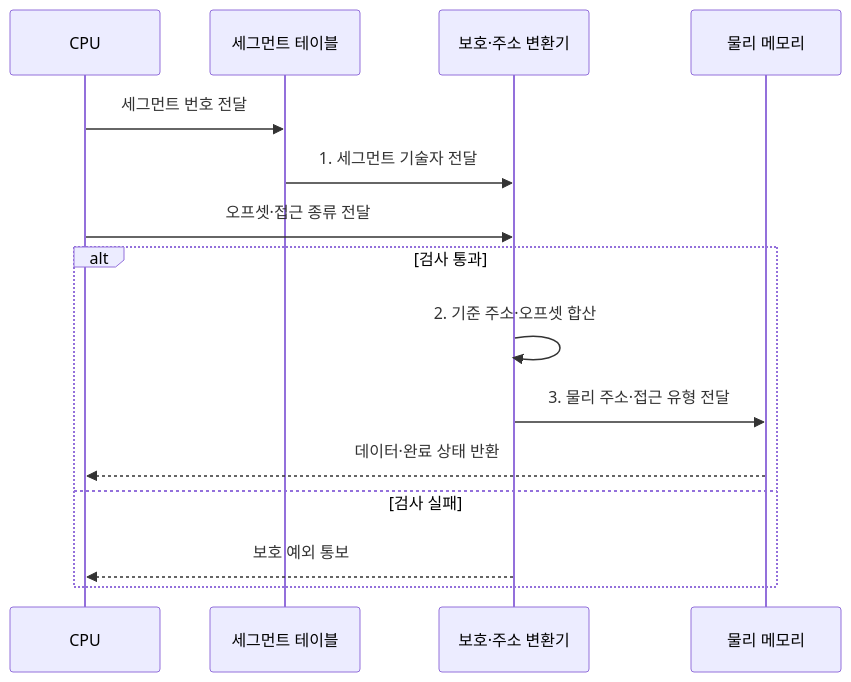
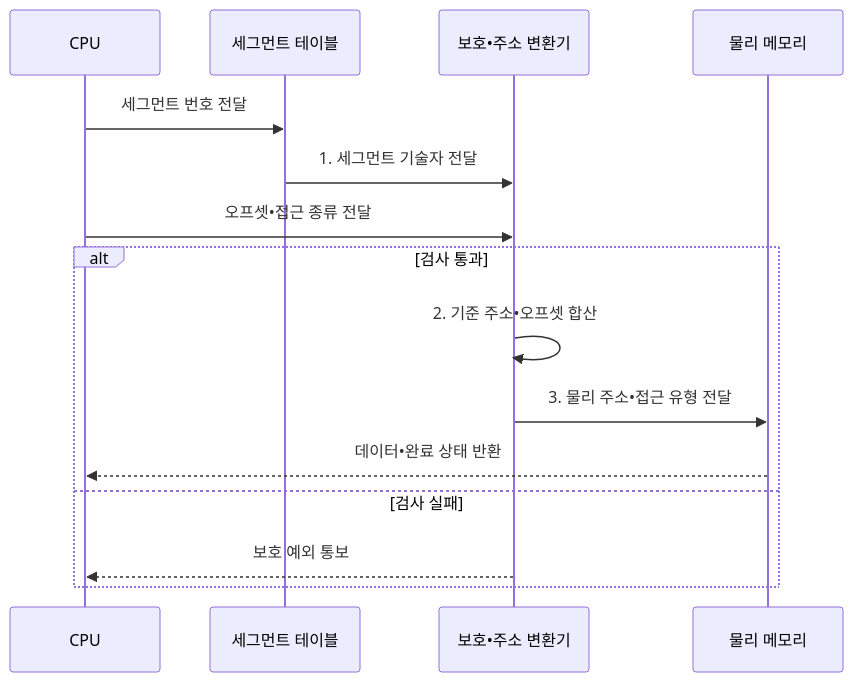
The second of 2 diagrams in src/content/docs/notes/02-hardware/019_segmentation.md (agnusdei1207/knowledge-base), drawn with Mermaid before and after one commit. The commit also changed other lines of this file and 953 other files, not shown here.

````diff
--- a/src/content/docs/notes/02-hardware/019_segmentation.md
+++ b/src/content/docs/notes/02-hardware/019_segmentation.md
@@ -94,17 +94,17 @@
 ```mermaid
 sequenceDiagram
     participant C as CPU
     participant T as 세그먼트 테이블
-    participant P as 보호·주소 변환기
+    participant P as 보호•주소 변환기
     participant M as 물리 메모리
     C->>T: 세그먼트 번호 전달
     T->>P: 1. 세그먼트 기술자 전달
-    C->>P: 오프셋·접근 종류 전달
+    C->>P: 오프셋•접근 종류 전달
     alt 검사 통과
-        P->>P: 2. 기준 주소·오프셋 합산
-        P->>M: 3. 물리 주소·접근 유형 전달
-        M-->>C: 데이터·완료 상태 반환
+        P->>P: 2. 기준 주소•오프셋 합산
+        P->>M: 3. 물리 주소•접근 유형 전달
+        M-->>C: 데이터•완료 상태 반환
     else 검사 실패
         P-->>C: 보호 예외 통보
     end
 ```
````
